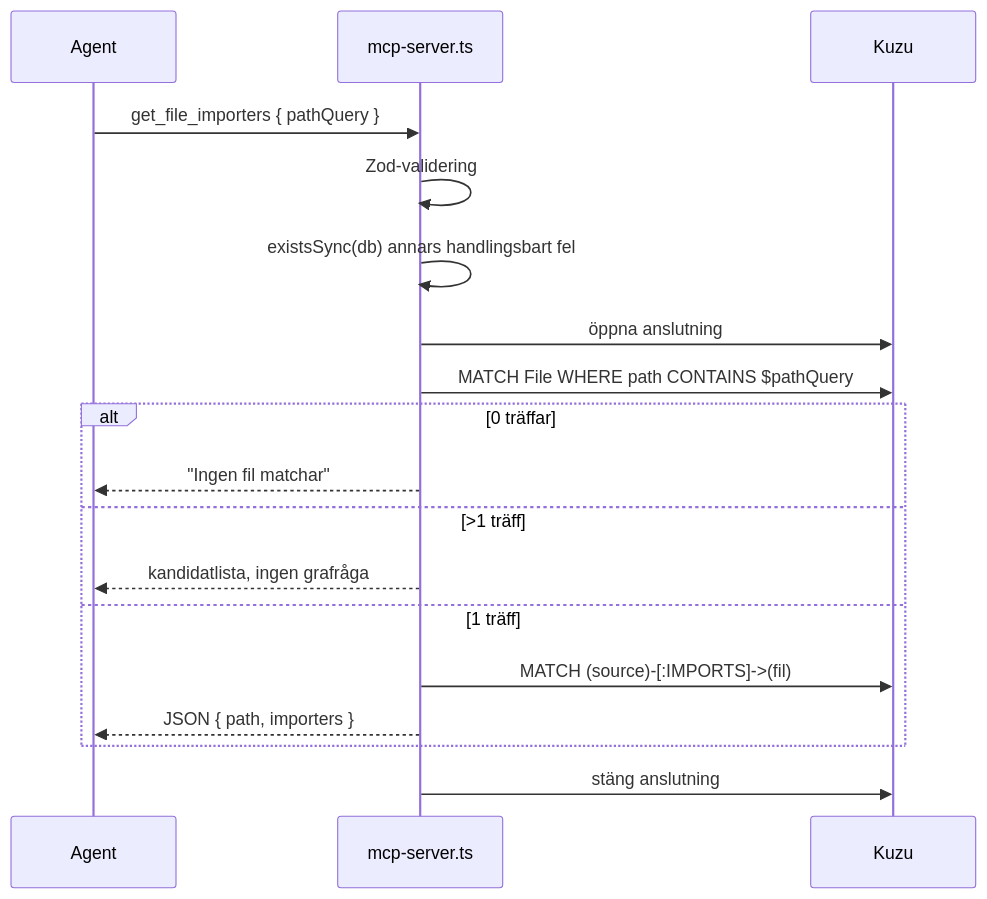
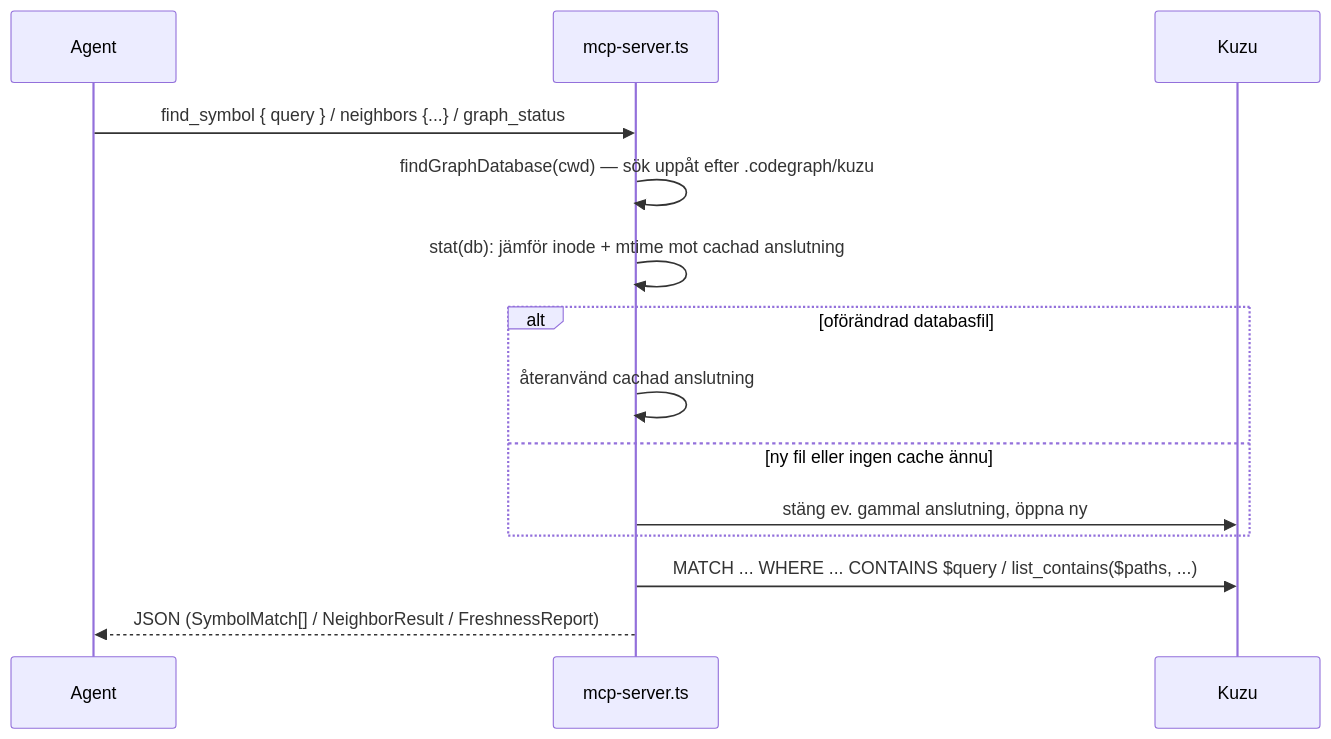
Before and after one commit to tullanders/CodeGraph: the fourth of 4 diagrams in docs/architecture.md, drawn with Mermaid. The commit also changed other lines of this file, not shown here.

Commit message:
docs: update architecture document for the reader-router work

````diff
--- a/docs/architecture.md
+++ b/docs/architecture.md
@@ -209,21 +271,17 @@
 ```mermaid
 sequenceDiagram
     participant A as Agent
     participant S as mcp-server.ts
     participant K as Kuzu
 
-    A->>S: get_file_importers { pathQuery }
-    S->>S: Zod-validering
-    S->>S: existsSync(db) annars handlingsbart fel
-    S->>K: öppna anslutning
-    S->>K: MATCH File WHERE path CONTAINS $pathQuery
-    alt 0 träffar
-        S-->>A: "Ingen fil matchar"
-    else >1 träff
-        S-->>A: kandidatlista, ingen grafråga
-    else 1 träff
-        S->>K: MATCH (source)-[:IMPORTS]->(fil)
-        S-->>A: JSON { path, importers }
+    A->>S: find_symbol { query } / neighbors {...} / graph_status
+    S->>S: findGraphDatabase(cwd) — sök uppåt efter .codegraph/kuzu
+    S->>S: stat(db): jämför inode + mtime mot cachad anslutning
+    alt oförändrad databasfil
+        S->>S: återanvänd cachad anslutning
+    else ny fil eller ingen cache ännu
+        S->>K: stäng ev. gammal anslutning, öppna ny
     end
-    S->>K: stäng anslutning
+    S->>K: MATCH ... WHERE ... CONTAINS $query / list_contains($paths, ...)
+    S-->>A: JSON (SymbolMatch[] / NeighborResult / FreshnessReport)
 ```
````
